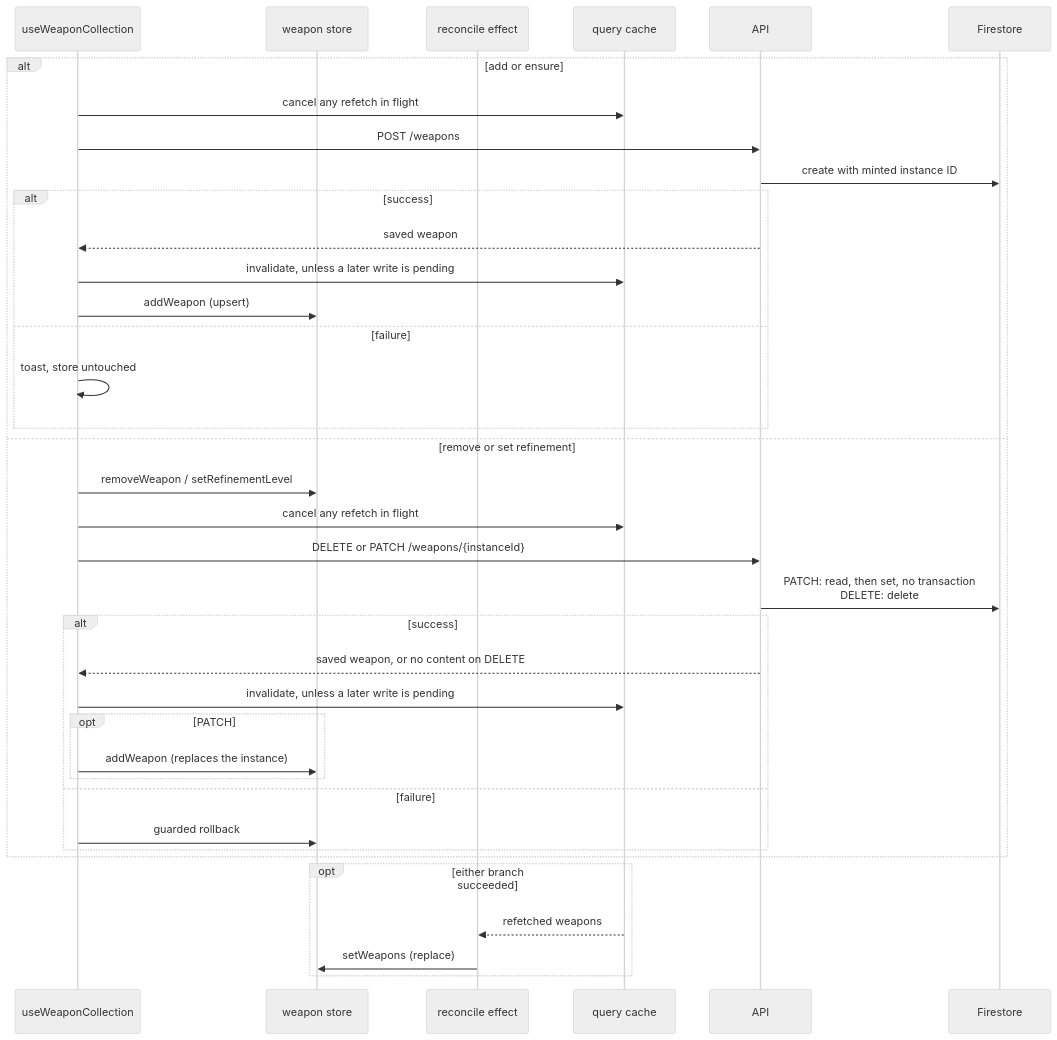
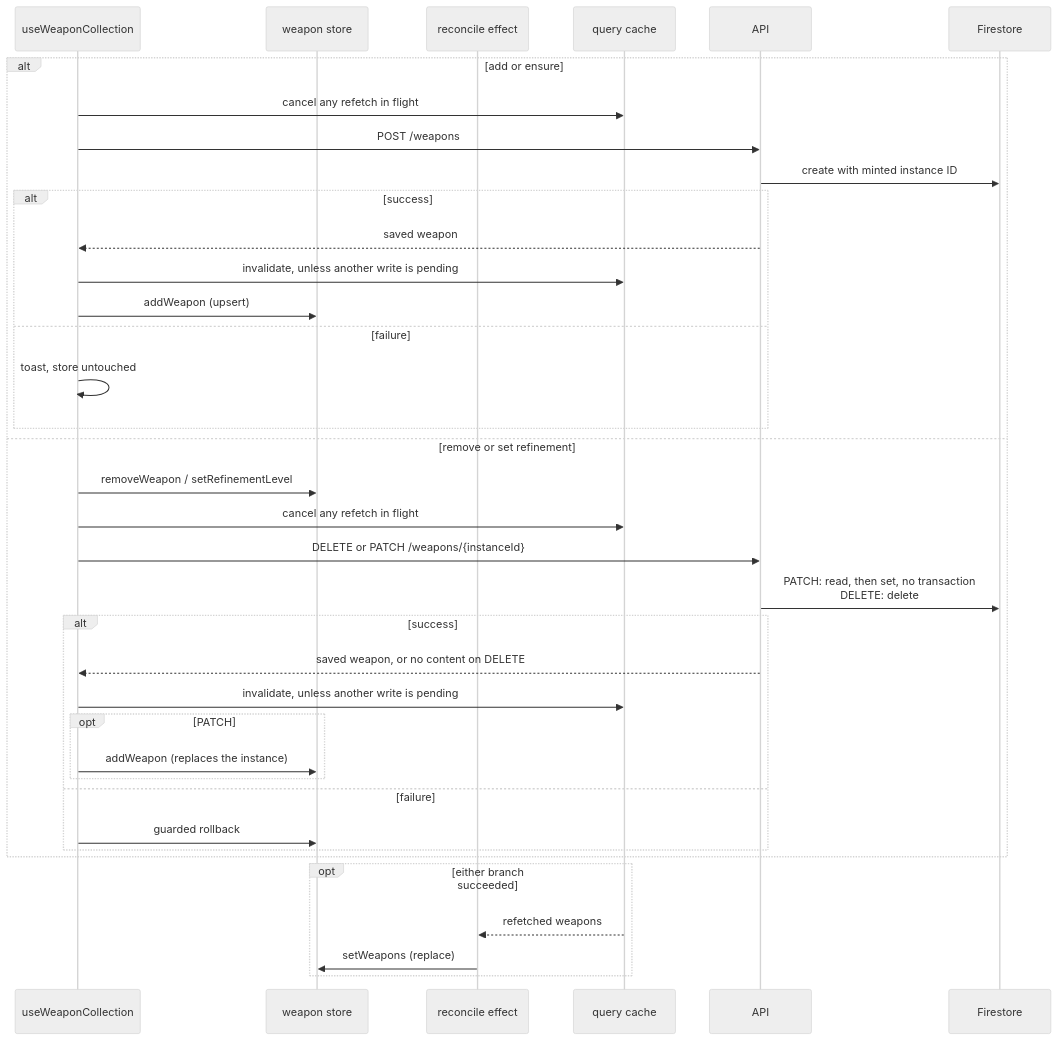
The second of 4 diagrams in docs/reference/data-flow-write-paths.md (dungeon-studio/genshin.dungeon.studio), drawn with Mermaid (neutral theme) before and after one commit. The commit also changed other lines of this file and 2 other files, not shown here.

First line of the commit message:
docs: say another pending write, not a later one

````diff
--- a/docs/reference/data-flow-write-paths.md
+++ b/docs/reference/data-flow-write-paths.md
@@ -94,40 +94,40 @@
 ```mermaid
 sequenceDiagram
   participant Hook as useWeaponCollection
   participant Store as weapon store
   participant Reconcile as reconcile effect
   participant Cache as query cache
   participant API as API
   participant FS as Firestore
 
   alt add or ensure
     Hook->>Cache: cancel any refetch in flight
     Hook->>API: POST /weapons
     API->>FS: create with minted instance ID
     alt success
       API-->>Hook: saved weapon
-      Hook->>Cache: invalidate, unless a later write is pending
+      Hook->>Cache: invalidate, unless another write is pending
       Hook->>Store: addWeapon (upsert)
     else failure
       Hook->>Hook: toast, store untouched
     end
   else remove or set refinement
     Hook->>Store: removeWeapon / setRefinementLevel
     Hook->>Cache: cancel any refetch in flight
     Hook->>API: DELETE or PATCH /weapons/{instanceId}
     API->>FS: PATCH: read, then set, no transaction<br>DELETE: delete
     alt success
       API-->>Hook: saved weapon, or no content on DELETE
-      Hook->>Cache: invalidate, unless a later write is pending
+      Hook->>Cache: invalidate, unless another write is pending
       opt PATCH
         Hook->>Store: addWeapon (replaces the instance)
       end
     else failure
       Hook->>Store: guarded rollback
     end
   end
   opt either branch succeeded
     Cache-->>Reconcile: refetched weapons
     Reconcile->>Store: setWeapons (replace)
   end
 ```
````
